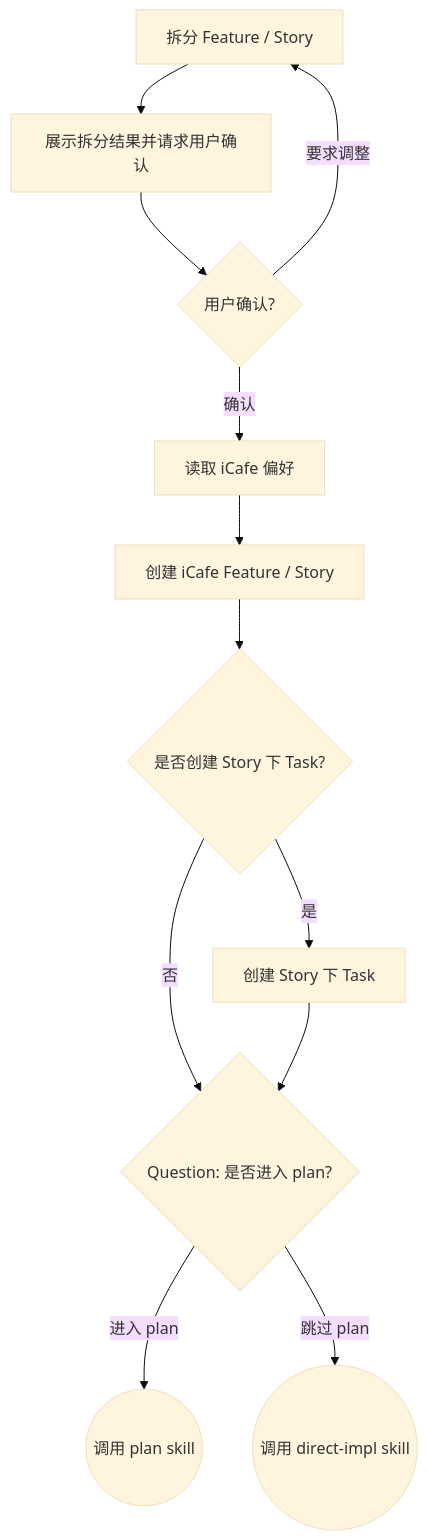
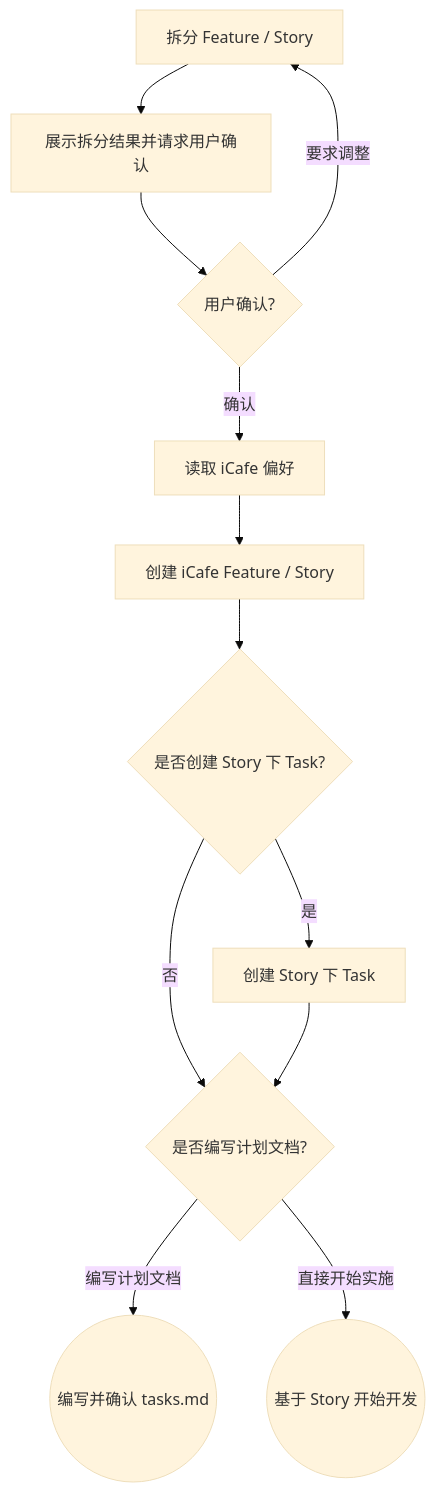
The diagram in skills/split/SKILL.md (BaiduComate/mission-flow), drawn with Mermaid (base theme) before and after one commit. The commit also changed other lines of this file and 11 other files, not shown here.

Commit message:
feat: localize mission flow stage names

````diff
--- a/skills/split/SKILL.md
+++ b/skills/split/SKILL.md
@@ -138,14 +140,14 @@
 ```mermaid
 flowchart TD
     B[拆分 Feature / Story] --> C[展示拆分结果并请求用户确认]
     C --> D{用户确认?}
     D -->|要求调整| B
     D -->|确认| E[读取 iCafe 偏好]
     E --> F[创建 iCafe Feature / Story]
     F --> T{是否创建 Story 下 Task?}
     T -->|是| U[创建 Story 下 Task]
-    T -->|否| G{Question: 是否进入 plan?}
+    T -->|否| G{是否编写计划文档?}
     U --> G
-    G -->|进入 plan| H((调用 plan skill))
-    G -->|跳过 plan| I((调用 direct-impl skill))
+    G -->|编写计划文档| H((编写并确认 tasks.md))
+    G -->|直接开始实施| I((基于 Story 开始开发))
 ```
````
